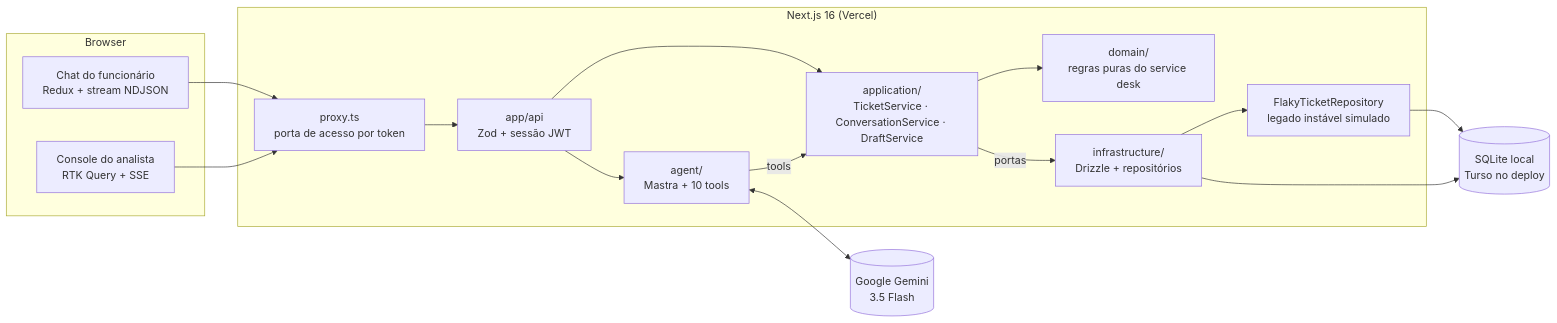
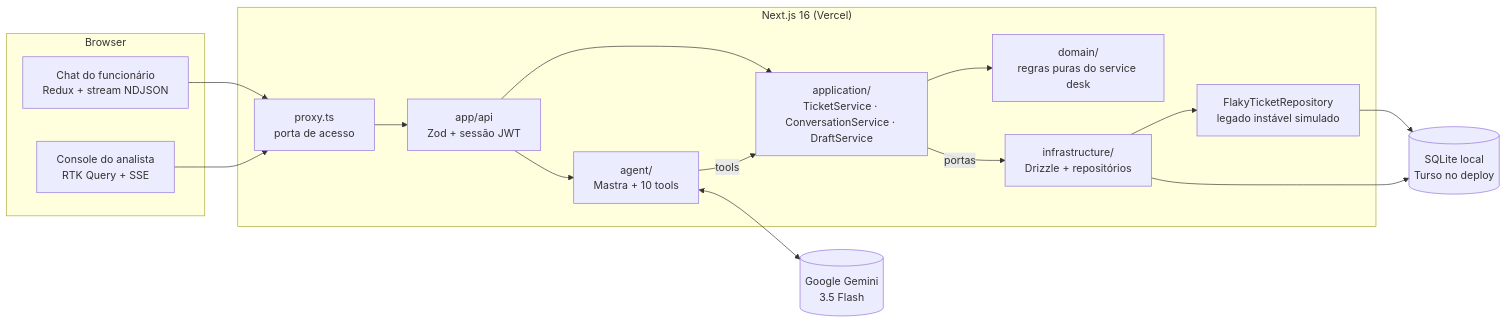
Before and after one commit to skarL007/nexo-assist: the first of 3 diagrams in README.md, drawn with Mermaid. The commit also changed other lines of this file and 3 other files, not shown here.

````diff
--- a/README.md
+++ b/README.md
@@ -111,33 +106,33 @@
 ```mermaid
 flowchart LR
   subgraph Browser
     UI["Chat do funcionário<br/>Redux + stream NDJSON"]
     CON["Console do analista<br/>RTK Query + SSE"]
   end
 
   subgraph Next["Next.js 16 (Vercel)"]
-    PX["proxy.ts<br/>porta de acesso por token"]
+    PX["proxy.ts<br/>porta de acesso"]
     API["app/api<br/>Zod + sessão JWT"]
     AG["agent/<br/>Mastra + 10 tools"]
     APP["application/<br/>TicketService · ConversationService · DraftService"]
     DOM["domain/<br/>regras puras do service desk"]
     INF["infrastructure/<br/>Drizzle + repositórios"]
     LEG["FlakyTicketRepository<br/>legado instável simulado"]
   end
 
   GEM[("Google Gemini<br/>3.5 Flash")]
   DB[("SQLite local<br/>Turso no deploy")]
 
   UI --> PX
   CON --> PX
   PX --> API
   API --> AG
   API --> APP
   AG -- "tools" --> APP
   AG <--> GEM
   APP --> DOM
   APP -- "portas" --> INF
   INF --> LEG
   LEG --> DB
   INF --> DB
 ```
````
